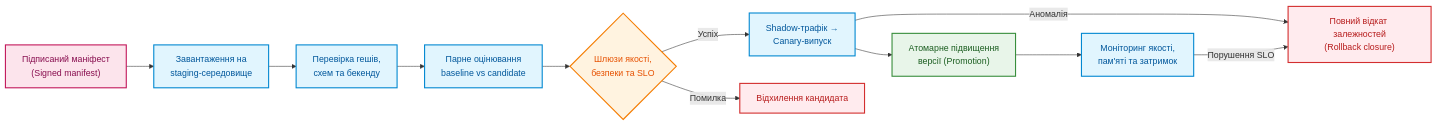
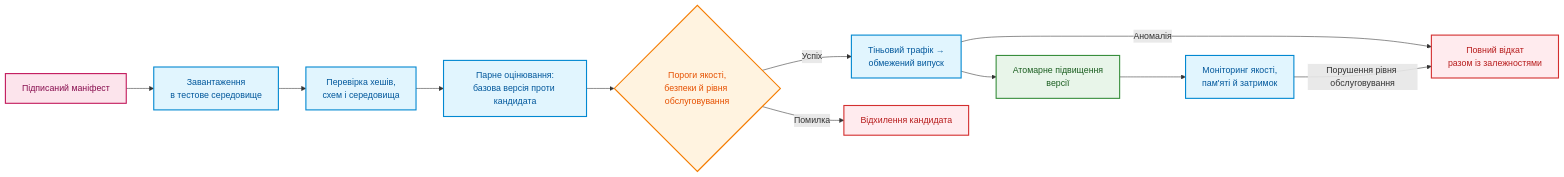
The sixth of 7 diagrams in ExpertSystem/ch12-linguistic-analysis-and-local-models.md (nick-fedchik/articles), drawn with Mermaid before and after one commit. The commit also changed other lines of this file, not shown here.

````diff
--- a/ExpertSystem/ch12-linguistic-analysis-and-local-models.md
+++ b/ExpertSystem/ch12-linguistic-analysis-and-local-models.md
@@ -356,28 +357,28 @@
 ```mermaid
 flowchart LR
-    accTitle: Пайплайн безпечного розгортання та відкату моделі
-    accDescr: Етапи перевірки від підписаного маніфесту через парне тестування до канаркового розгортання з можливістю автоматичного відкату.
+    accTitle: Безпечне розгортання й відкат моделі
+    accDescr: Від підписаного маніфесту через парне тестування до поступового розгортання з можливістю відкату.
 
-    MF["Підписаний маніфест<br/>(Signed manifest)"] --> ST["Завантаження на<br/>staging-середовище"]
-    ST --> SELF["Перевірка гешів,<br/>схем та бекенду"]
-    SELF --> PAIR["Парне оцінювання<br/>baseline vs candidate"]
-    PAIR --> G{"Шлюзи якості,<br/>безпеки та SLO"}
-    G -->|Успіх| SH["Shadow-трафік →<br/>Canary-випуск"]
-    G -->|Помилка| STOP["Відхилення кандидата"]
-    SH --> PR["Атомарне підвищення<br/>версії (Promotion)"]
-    SH -->|Аномалія| RB["Повний відкат залежностей<br/>(Rollback closure)"]
-    PR --> MON["Моніторинг якості,<br/>пам'яті та затримок"]
-    MON -->|Порушення SLO| RB
+    MF["Підписаний маніфест"] --> ST["Завантаження<br/>в тестове середовище"]
+    ST --> SELF["Перевірка хешів,<br/>схем і середовища"]
+    SELF --> PAIR["Парне оцінювання:<br/>базова версія проти кандидата"]
+    PAIR --> G{"Пороги якості,<br/>безпеки й рівня обслуговування"}
+    G -->|"Успіх"| SH["Тіньовий трафік →<br/>обмежений випуск"]
+    G -->|"Помилка"| STOP["Відхилення кандидата"]
+    SH --> PR["Атомарне підвищення<br/>версії"]
+    SH -->|"Аномалія"| RB["Повний відкат<br/>разом із залежностями"]
+    PR --> MON["Моніторинг якості,<br/>пам'яті й затримок"]
+    MON -->|"Порушення рівня обслуговування"| RB
 
     classDef doc fill:#fce4ec,stroke:#c2185b,stroke-width:2px,color:#880e4f;
     classDef proc fill:#e1f5fe,stroke:#0288d1,stroke-width:2px,color:#01579b;
     classDef check fill:#fff3e0,stroke:#f57c00,stroke-width:2px,color:#e65100;
     classDef ok fill:#e8f5e9,stroke:#388e3c,stroke-width:2px,color:#1b5e20;
     classDef fail fill:#ffebee,stroke:#d32f2f,stroke-width:2px,color:#b71c1c;
 
     class MF doc;
     class ST,SELF,PAIR,SH,MON proc;
     class G check;
     class PR ok;
     class STOP,RB fail;
 ```
````
